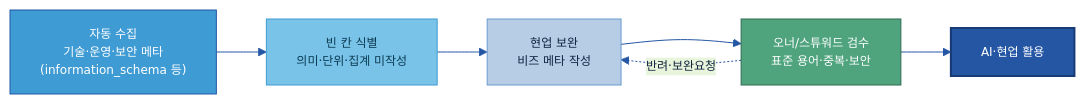
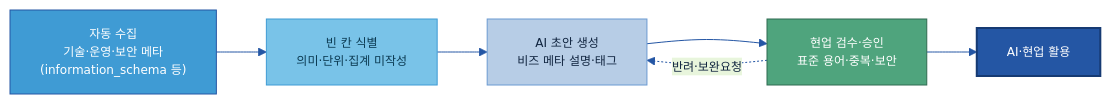
Before and after one commit to jin-kearney/ai-ready-data-manual: the fifth of 6 diagrams in 가이드 작성/A-2 메타데이터/A-2 메타데이터.md, drawn with Mermaid. The commit also changed other lines of this file, not shown here.

````diff
--- a/가이드 작성/A-2 메타데이터/A-2 메타데이터.md
+++ b/가이드 작성/A-2 메타데이터/A-2 메타데이터.md
@@ -517,16 +517,16 @@
 ```mermaid
 %%{init: {'theme':'base','themeVariables':{'primaryColor':'#DCE8F5','primaryBorderColor':'#2456A4','primaryTextColor':'#10243f','lineColor':'#2456A4','clusterBkg':'#EEF4FB','clusterBorder':'#6B9AD1','fontSize':'12px'}}}%%
 flowchart LR
     AUTO["자동 수집<br/>기술·운영·보안 메타<br/>(information_schema 등)"]:::gate
     GAP["빈 칸 식별<br/>의미·단위·집계 미작성"]:::src
-    FILL["현업 보완<br/>비즈 메타 작성"]:::n
-    REV["오너/스튜워드 검수<br/>표준 용어·중복·보안"]:::loop
+    FILL["AI 초안 생성<br/>비즈 메타 설명·태그"]:::n
+    REV["현업 검수·승인<br/>표준 용어·중복·보안"]:::loop
     USE["AI·현업 활용"]:::cat
     AUTO --> GAP --> FILL --> REV --> USE
     REV -.반려·보완요청.-> FILL
     classDef n fill:#B7CDE6,stroke:#6B9AD1,color:#10243f;
     classDef src fill:#79C3E8,stroke:#3F9BD4,color:#0b3a52;
     classDef cat fill:#2456A4,color:#fff,stroke:#163a73,stroke-width:2px;
     classDef gate fill:#3F9BD4,stroke:#2456A4,color:#fff;
     classDef loop fill:#4FA47D,stroke:#2f6b50,color:#fff;
 ```
````
